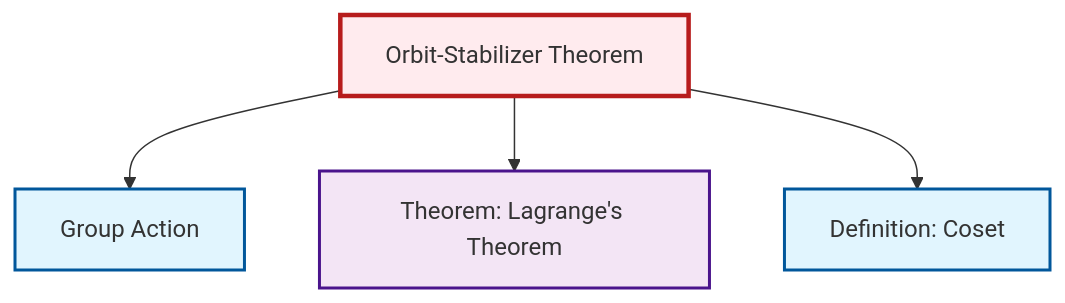
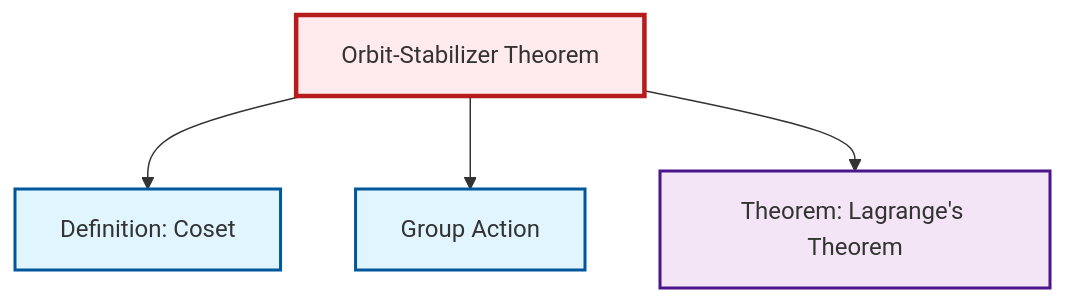
One commit to RK0429/ModernMath changed the diagram in content/en/algebra/thm-orbit-stabilizer.qmd. Above: the diagram before and after it, drawn with Mermaid. The commit also changed other lines of this file and 634 other files, not shown here.

````diff
--- a/content/en/algebra/thm-orbit-stabilizer.qmd
+++ b/content/en/algebra/thm-orbit-stabilizer.qmd
@@ -63,20 +63,20 @@
 ```{mermaid}
 %%| fig-cap: "Local dependency graph"
 graph TD
     classDef definition fill:#e1f5fe,stroke:#01579b,stroke-width:2px
     classDef theorem fill:#f3e5f5,stroke:#4a148c,stroke-width:2px
     classDef axiom fill:#fff3e0,stroke:#e65100,stroke-width:2px
     classDef example fill:#e8f5e9,stroke:#1b5e20,stroke-width:2px
     classDef current fill:#ffebee,stroke:#b71c1c,stroke-width:3px
-    thm-lagrange["Theorem: Lagrange's Theorem"]:::theorem
     def-coset["Definition: Coset"]:::definition
     thm-orbit-stabilizer["Orbit-Stabilizer Theorem"]:::theorem
     def-group-action["Group Action"]:::definition
+    thm-lagrange["Theorem: Lagrange's Theorem"]:::theorem
+    thm-orbit-stabilizer --> def-coset
     thm-orbit-stabilizer --> def-group-action
     thm-orbit-stabilizer --> thm-lagrange
-    thm-orbit-stabilizer --> def-coset
     class thm-orbit-stabilizer current
-    click thm-lagrange "thm-lagrange.html" "Go to Lagrange's Theorem theorem"
     click def-coset "def-coset.html" "Go to Coset definition"
     click def-group-action "def-group-action.html" "Go to Group Action"
+    click thm-lagrange "thm-lagrange.html" "Go to Lagrange's Theorem theorem"
 ```
````
